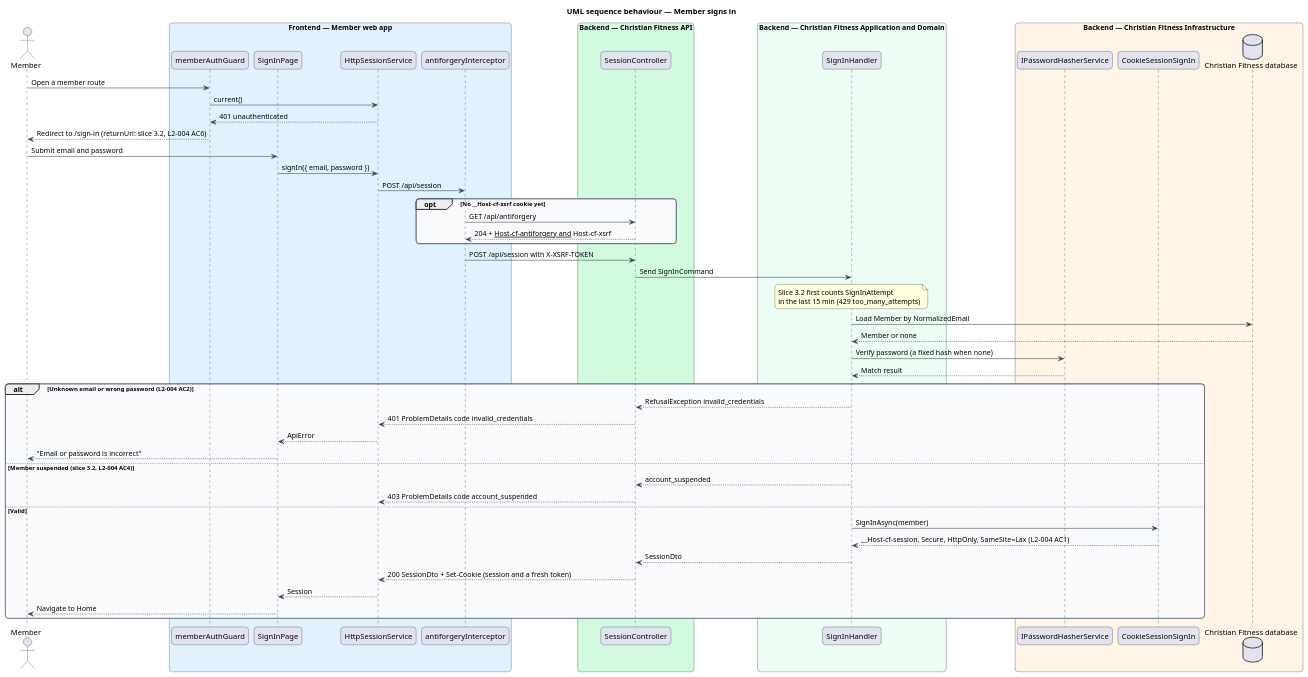
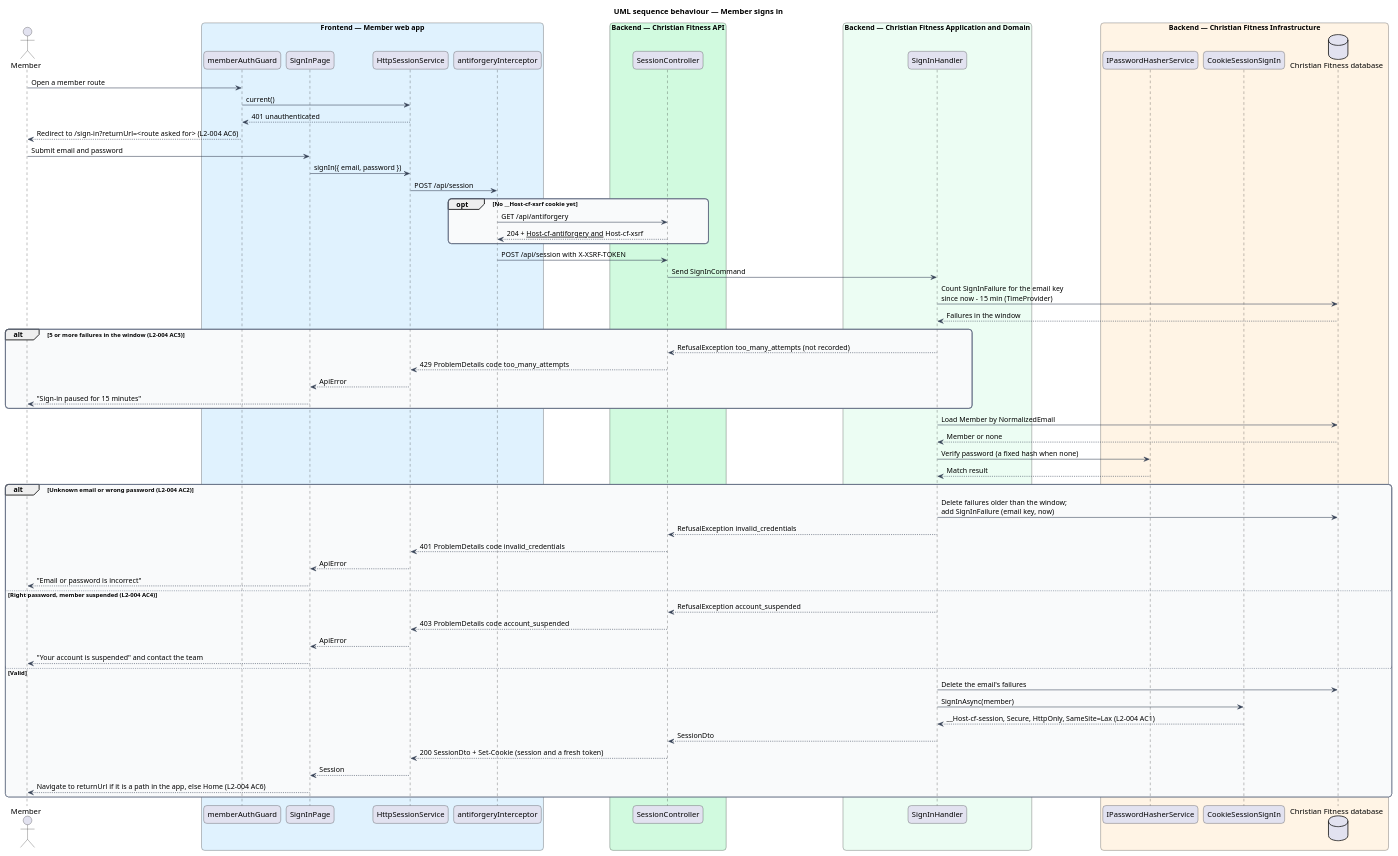
One commit to QuinntyneBrown/christian-fitness changed the diagram in docs/detailed-designs/member-access/sign-in-and-out/diagrams/sequence-sign-in.puml. Above: the diagram before and after it, drawn with PlantUML. The commit also changed 35 other files, not shown here.

First line of the commit message:
Design slice 3.2: sign-in protections

```diff
--- a/docs/detailed-designs/member-access/sign-in-and-out/diagrams/sequence-sign-in.puml
+++ b/docs/detailed-designs/member-access/sign-in-and-out/diagrams/sequence-sign-in.puml
@@ -1,69 +1,80 @@
 @startuml
 title UML sequence behaviour — Member signs in
 skinparam backgroundColor #FFFFFF
 skinparam shadowing false
 skinparam roundcorner 12
 skinparam defaultFontName Arial
 skinparam ArrowColor #344054
 skinparam rectangle {
   BorderColor #344054
   FontColor #101828
 }
 skinparam package {
   BorderColor #667085
   FontColor #101828
   BackgroundColor #F9FAFB
 }
 actor "Member" as actor
 box "Frontend — Member web app" #E0F2FE
   participant "memberAuthGuard" as guard
   participant "SignInPage" as page
   participant "HttpSessionService" as client
   participant "antiforgeryInterceptor" as xsrf
 end box
 box "Backend — Christian Fitness API" #D1FADF
   participant "SessionController" as ctrl
 end box
 box "Backend — Christian Fitness Application and Domain" #ECFDF3
   participant "SignInHandler" as h
 end box
 box "Backend — Christian Fitness Infrastructure" #FFF4E5
   participant "IPasswordHasherService" as hash
   participant "CookieSessionSignIn" as sess
   database "Christian Fitness database" as db
 end box
 actor -> guard : Open a member route
 guard -> client : current()
 client --> guard : 401 unauthenticated
-guard --> actor : Redirect to /sign-in (returnUrl: slice 3.2, L2-004 AC6)
+guard --> actor : Redirect to /sign-in?returnUrl=<route asked for> (L2-004 AC6)
 actor -> page : Submit email and password
 page -> client : signIn({ email, password })
 client -> xsrf : POST /api/session
 opt No __Host-cf-xsrf cookie yet
   xsrf -> ctrl : GET /api/antiforgery
   ctrl --> xsrf : 204 + __Host-cf-antiforgery and __Host-cf-xsrf
 end
 xsrf -> ctrl : POST /api/session with X-XSRF-TOKEN
 ctrl -> h : Send SignInCommand
-note over h : Slice 3.2 first counts SignInAttempt\nin the last 15 min (429 too_many_attempts)
+h -> db : Count SignInFailure for the email key\nsince now - 15 min (TimeProvider)
+db --> h : Failures in the window
+alt 5 or more failures in the window (L2-004 AC3)
+  h --> ctrl : RefusalException too_many_attempts (not recorded)
+  ctrl --> client : 429 ProblemDetails code too_many_attempts
+  client --> page : ApiError
+  page --> actor : "Sign-in paused for 15 minutes"
+end
 h -> db : Load Member by NormalizedEmail
 db --> h : Member or none
 h -> hash : Verify password (a fixed hash when none)
 hash --> h : Match result
 alt Unknown email or wrong password (L2-004 AC2)
+  h -> db : Delete failures older than the window;\nadd SignInFailure (email key, now)
   h --> ctrl : RefusalException invalid_credentials
   ctrl --> client : 401 ProblemDetails code invalid_credentials
   client --> page : ApiError
   page --> actor : "Email or password is incorrect"
-else Member suspended (slice 3.2, L2-004 AC4)
-  h --> ctrl : account_suspended
+else Right password, member suspended (L2-004 AC4)
+  h --> ctrl : RefusalException account_suspended
   ctrl --> client : 403 ProblemDetails code account_suspended
+  client --> page : ApiError
+  page --> actor : "Your account is suspended" and contact the team
 else Valid
+  h -> db : Delete the email's failures
   h -> sess : SignInAsync(member)
   sess --> h : __Host-cf-session, Secure, HttpOnly, SameSite=Lax (L2-004 AC1)
   h --> ctrl : SessionDto
   ctrl --> client : 200 SessionDto + Set-Cookie (session and a fresh token)
   client --> page : Session
-  page --> actor : Navigate to Home
+  page --> actor : Navigate to returnUrl if it is a path in the app, else Home (L2-004 AC6)
 end
 @enduml
```
